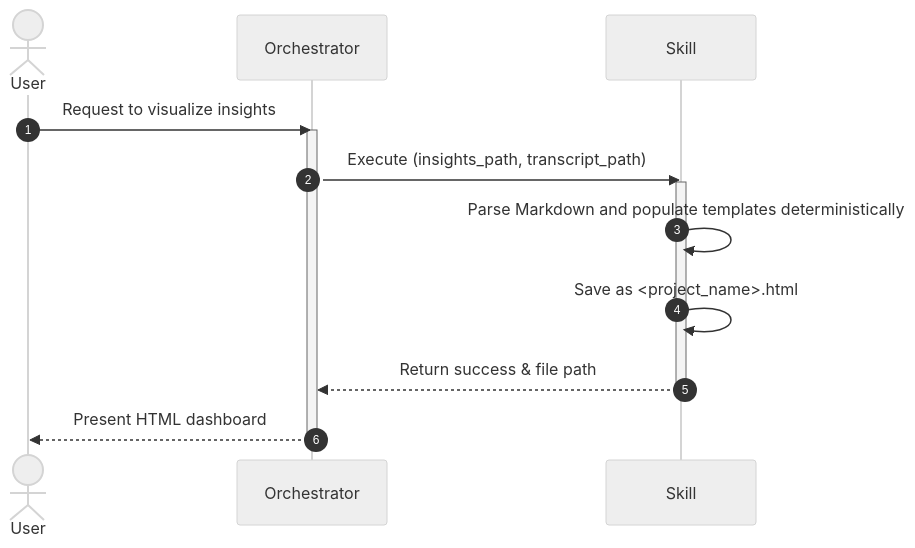
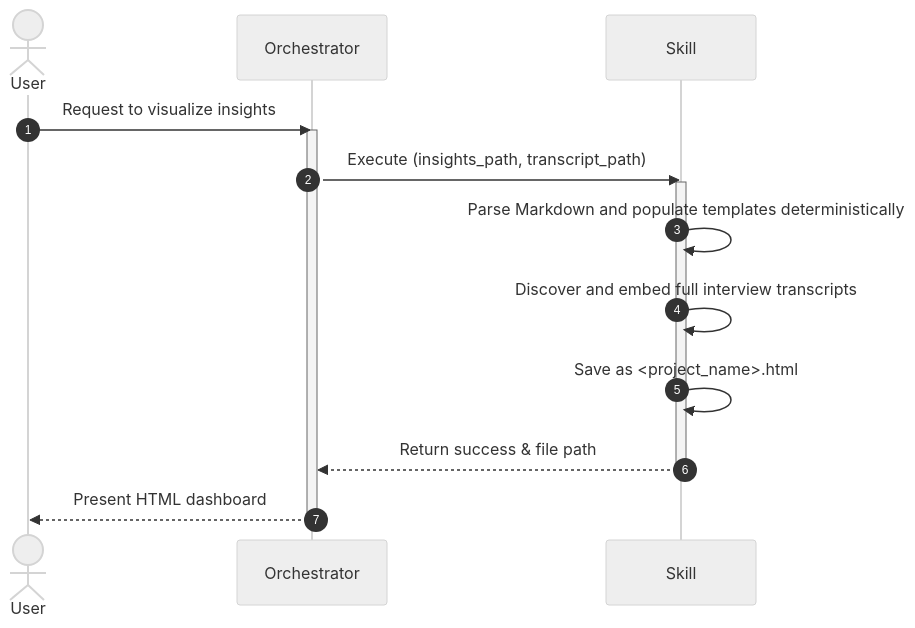
One commit to nguyenlamhai89/UX-Agent changed the diagram in .agents/skills/visualize-insights/SKILL.md. Above: the diagram before and after it, drawn with Mermaid (neutral theme). The commit also changed other lines of this file and 4 other files, not shown here.

````diff
--- a/.agents/skills/visualize-insights/SKILL.md
+++ b/.agents/skills/visualize-insights/SKILL.md
@@ -72,18 +76,19 @@
 ```mermaid
 sequenceDiagram
     autonumber
     actor User
     participant Orchestrator
     participant Skill
 
     User->>Orchestrator: Request to visualize insights
     activate Orchestrator
     Orchestrator->>Skill: Execute (insights_path, transcript_path)
     activate Skill
     Skill->>Skill: Parse Markdown and populate templates deterministically
+    Skill->>Skill: Discover and embed full interview transcripts
     Skill->>Skill: Save as <project_name>.html
     Skill-->>Orchestrator: Return success & file path
     deactivate Skill
     Orchestrator-->>User: Present HTML dashboard
     deactivate Orchestrator
 ```
````
